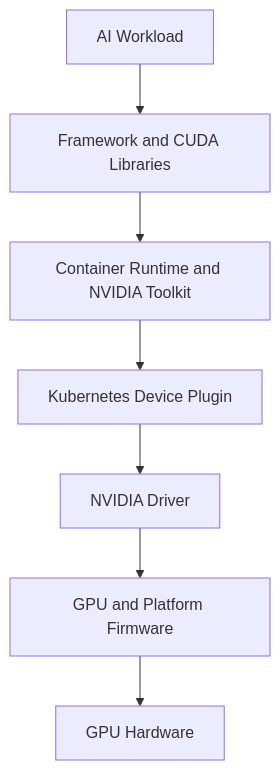
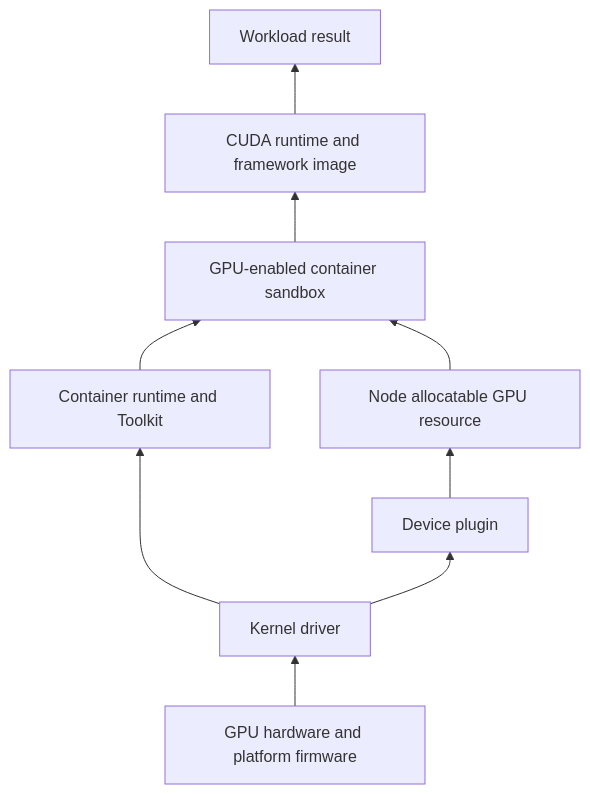
The first of 2 diagrams in docs/nvidia-zero-to-hero/volume-10/chapter-02-gpu-software-lifecycle-in-kubernetes.md (jithinpnjm/nvidia-devops), drawn with Mermaid before and after one commit. The commit also changed other lines of this file and 4 other files, not shown here.

````diff
--- a/docs/nvidia-zero-to-hero/volume-10/chapter-02-gpu-software-lifecycle-in-kubernetes.md
+++ b/docs/nvidia-zero-to-hero/volume-10/chapter-02-gpu-software-lifecycle-in-kubernetes.md
@@ -18,11 +26,11 @@
 ```mermaid
-flowchart TD
-    Workload[AI Workload]
-    Framework[Framework and CUDA Libraries]
-    Runtime[Container Runtime and NVIDIA Toolkit]
-    Plugin[Kubernetes Device Plugin]
-    Driver[NVIDIA Driver]
-    Firmware[GPU and Platform Firmware]
-    Hardware[GPU Hardware]
-    Workload --> Framework --> Runtime --> Plugin --> Driver --> Firmware --> Hardware
+flowchart BT
+    HW[GPU hardware and platform firmware] --> Driver[Kernel driver]
+    Driver --> Runtime[Container runtime and Toolkit]
+    Driver --> Plugin[Device plugin]
+    Plugin --> Resource[Node allocatable GPU resource]
+    Runtime --> Sandbox[GPU-enabled container sandbox]
+    Resource --> Sandbox
+    Sandbox --> CUDA[CUDA runtime and framework image]
+    CUDA --> Workload[Workload result]
 ```
````
